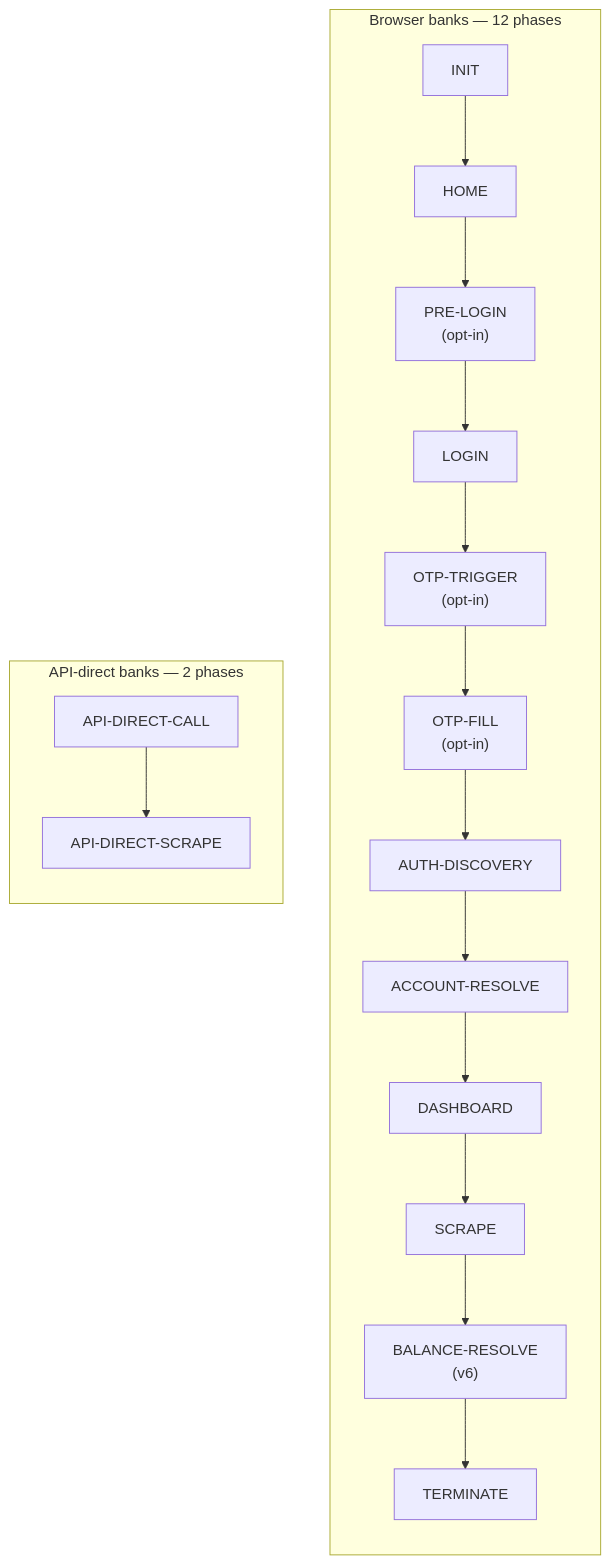
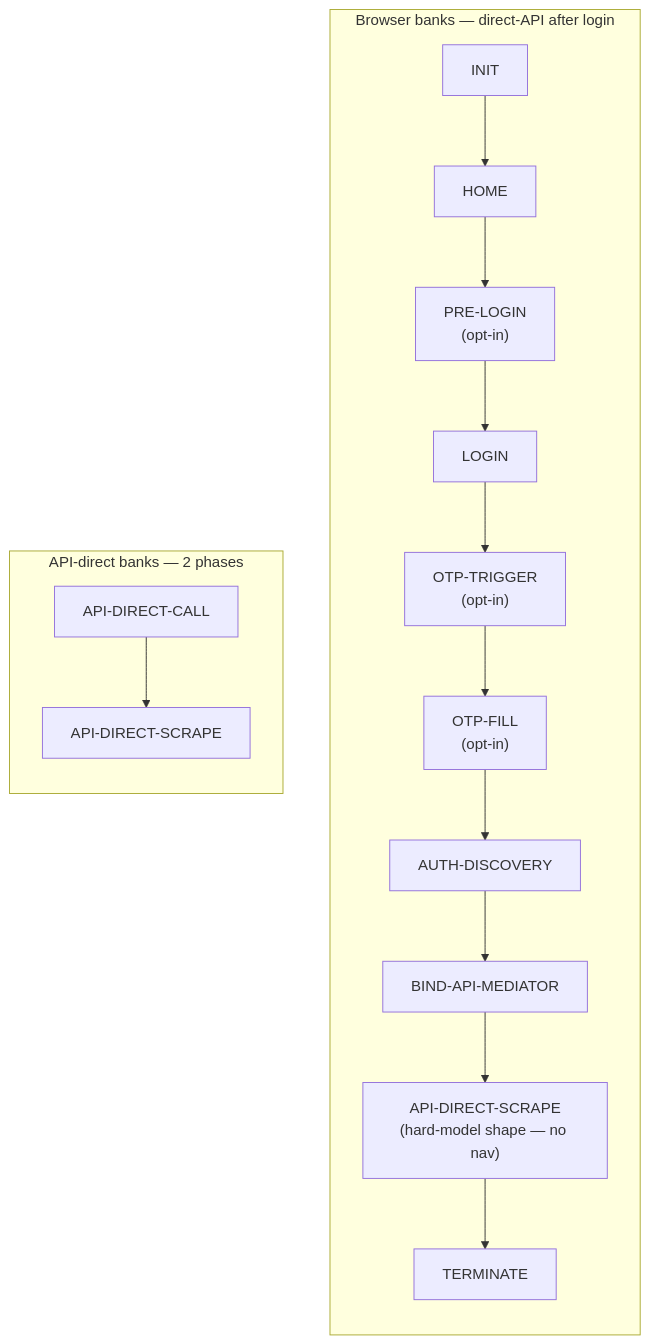
One commit to sergienko4/israeli-bank-scrapers changed the diagram in docs/architecture/pipeline.md. Above: the diagram before and after it, drawn with Mermaid. The commit also changed other lines of this file and 5 other files, not shown here.

First line of the commit message:
docs: direct-API-after-login pipeline for 8.6.0 (#415)

````diff
--- a/docs/architecture/pipeline.md
+++ b/docs/architecture/pipeline.md
@@ -7,16 +7,16 @@
 ```mermaid
 flowchart TD
-    subgraph "Browser banks — 12 phases"
+    subgraph "Browser banks — direct-API after login"
       direction TB
       I[INIT] --> H[HOME] --> PL["PRE-LOGIN<br/>(opt-in)"]
       PL --> L[LOGIN] --> OT["OTP-TRIGGER<br/>(opt-in)"]
       OT --> OF["OTP-FILL<br/>(opt-in)"]
-      OF --> AD[AUTH-DISCOVERY] --> AR[ACCOUNT-RESOLVE] --> D[DASHBOARD]
-      D --> S[SCRAPE] --> BR["BALANCE-RESOLVE<br/>(v6)"] --> T[TERMINATE]
+      OF --> AD[AUTH-DISCOVERY] --> BIND[BIND-API-MEDIATOR]
+      BIND --> ADS["API-DIRECT-SCRAPE<br/>(hard-model shape — no nav)"] --> T[TERMINATE]
     end
 
     subgraph "API-direct banks — 2 phases"
       direction TB
-      ADC[API-DIRECT-CALL] --> ADS[API-DIRECT-SCRAPE]
+      ADC[API-DIRECT-CALL] --> ADS2[API-DIRECT-SCRAPE]
     end
 ```
````
